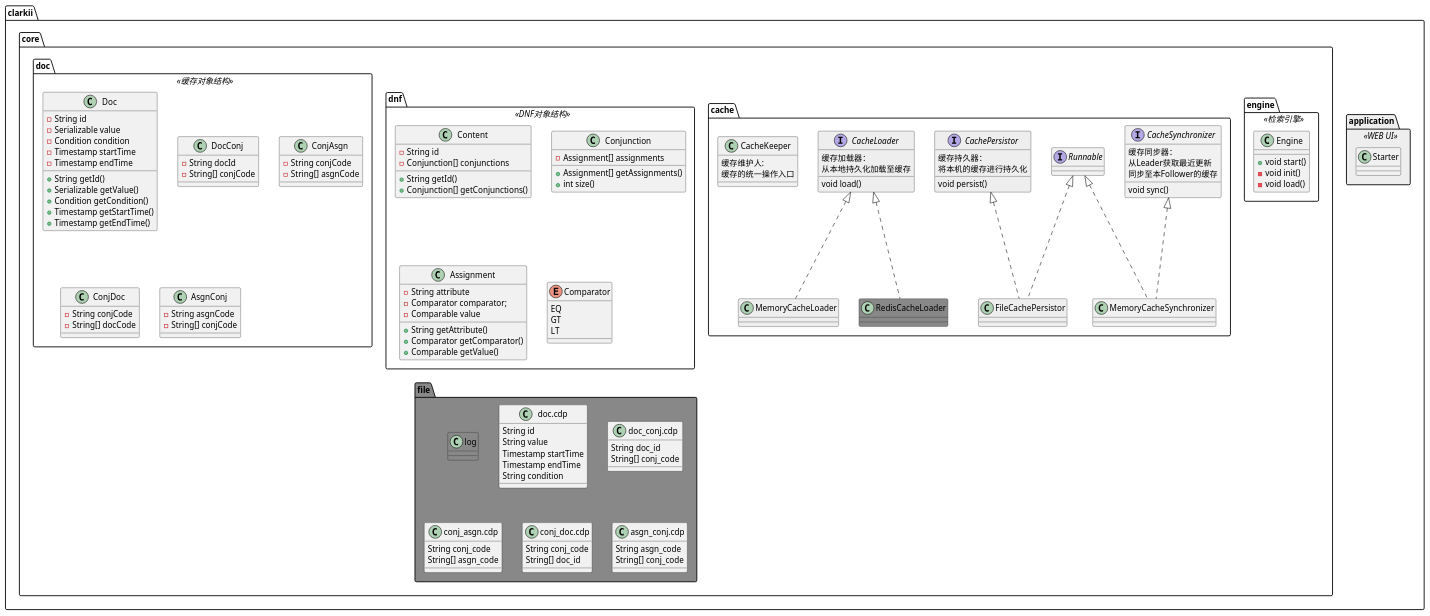
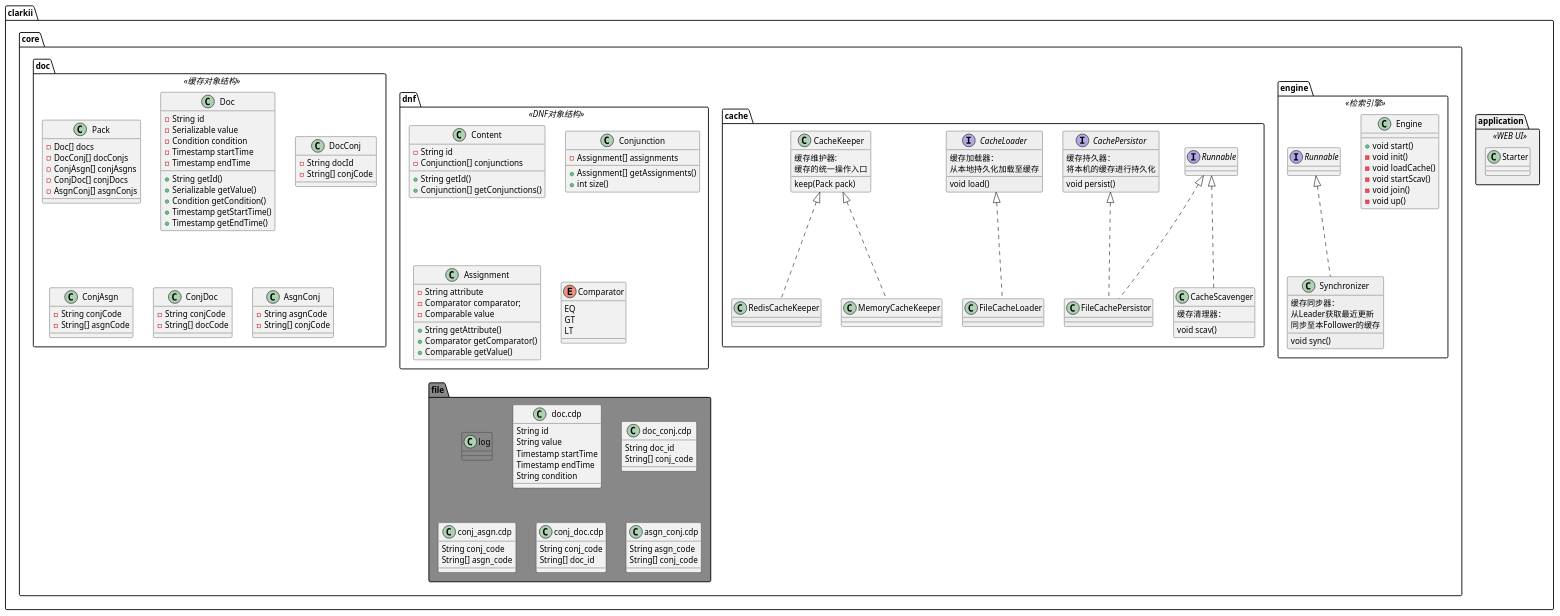
One commit to fdlong/fly changed the diagram in class-engine.puml. Above: the diagram before and after it, drawn with PlantUML.

```diff
--- a/class-engine.puml
+++ b/class-engine.puml
@@ -1,136 +1,152 @@
 @startuml
 set namespaceSeparator ::
 
 package clarkii {
 
-	package application <<WEB UI>> #EEE {
+	namespace application <<WEB UI>> #EEE {
 		class Starter {
 
 		}
 	}
 
-	package core {
-		package engine <<检索引擎>> {
+	namespace core {
+		namespace engine <<检索引擎>> {
 			class Engine {
 				+ void start()
 				- void init()
-				- void load()
+				- void loadCache()
+				- void startScav()
+				- void join()
+				- void up()
 			}
+            class Synchronizer #EEE implements Runnable {
+                缓存同步器：
+                从Leader获取最近更新
+                同步至本Follower的缓存
+                void sync()
+            }
 		}
 
-		package cache  {
-			interface CacheSynchronizer {
-				缓存同步器：
-				从Leader获取最近更新
-				同步至本Follower的缓存
-				void sync()
-			}
-			class MemoryCacheSynchronizer implements CacheSynchronizer, Runnable
-
+		namespace cache  {
+			class CacheScavenger implements Runnable {
+                缓存清理器：
+                void scav()
+            }
 			interface CacheLoader #EEE {
 				缓存加载器：
 				从本地持久化加载至缓存
 				void load()
 			}
-			class MemoryCacheLoader #EEE implements CacheLoader
-			class RedisCacheLoader #888 implements CacheLoader
+			class FileCacheLoader #EEE implements CacheLoader
 			interface CachePersistor #EEE {
 				缓存持久器：
 				将本机的缓存进行持久化
 				void persist()
 			}
 			class FileCachePersistor #EEE implements CachePersistor, Runnable
 			class CacheKeeper {
-				缓存维护人:
+				缓存维护器:
 				缓存的统一操作入口
+				keep(Pack pack)
 			}
+
+			class MemoryCacheKeeper implements CacheKeeper
+			class RedisCacheKeeper #EEE implements CacheKeeper
+
 		}
 
-		package dnf <<DNF对象结构>> {
+		namespace dnf <<DNF对象结构>> {
 			class Content {
 				- String id
 				- Conjunction[] conjunctions
 				+ String getId()
 				+ Conjunction[] getConjunctions()
 			}
 			class Conjunction {
 				- Assignment[] assignments
 				+ Assignment[] getAssignments()
 				+ int size()
 			}
 			class Assignment {
 				- String attribute
 				- Comparator comparator;
 				- Comparable value
 				+ String getAttribute()
 				+ Comparator getComparator()
 				+ Comparable getValue()
 			}
 			enum Comparator {
 				EQ
 				GT
 				LT
 			}
 		}
 
-		package doc <<缓存对象结构>> {
+		namespace doc <<缓存对象结构>> {
+		    class Pack {
+		        - Doc[] docs
+		        - DocConj[] docConjs
+		        - ConjAsgn[] conjAsgns
+		        - ConjDoc[] conjDocs
+		        - AsgnConj[] asgnConjs
+		    }
 			class Doc {
 				- String id
 				- Serializable value
 				- Condition condition
 				- Timestamp startTime
 				- Timestamp endTime
 				+ String getId()
 				+ Serializable getValue()
 				+ Condition getCondition()
 				+ Timestamp getStartTime()
 				+ Timestamp getEndTime()
 			}
 			class DocConj {
 				- String docId
 				- String[] conjCode
 			}
 			class ConjAsgn {
 				- String conjCode
 				- String[] asgnCode
 			}
 			class ConjDoc {
 				- String conjCode
 				- String[] docCode
 			}
 			class AsgnConj {
 				- String asgnCode
 				- String[] conjCode
 			}
 		}
 
-		package file #888 {
+		namespace file #888 {
 			class log #888 {
 			}
 			class doc.cdp {
 				String id
 				String value
 				Timestamp startTime
                 Timestamp endTime
 				String condition
 			}
 			class doc_conj.cdp {
 				String doc_id
 				String[] conj_code
 			}
 			class conj_asgn.cdp {
 				String conj_code
 				String[] asgn_code
 			}
 			class conj_doc.cdp {
 				String conj_code
 				String[] doc_id
 			}
 			class asgn_conj.cdp {
 				String asgn_code
 				String[] conj_code
 			}
 		}
 	}
 }
 @enduml
```
